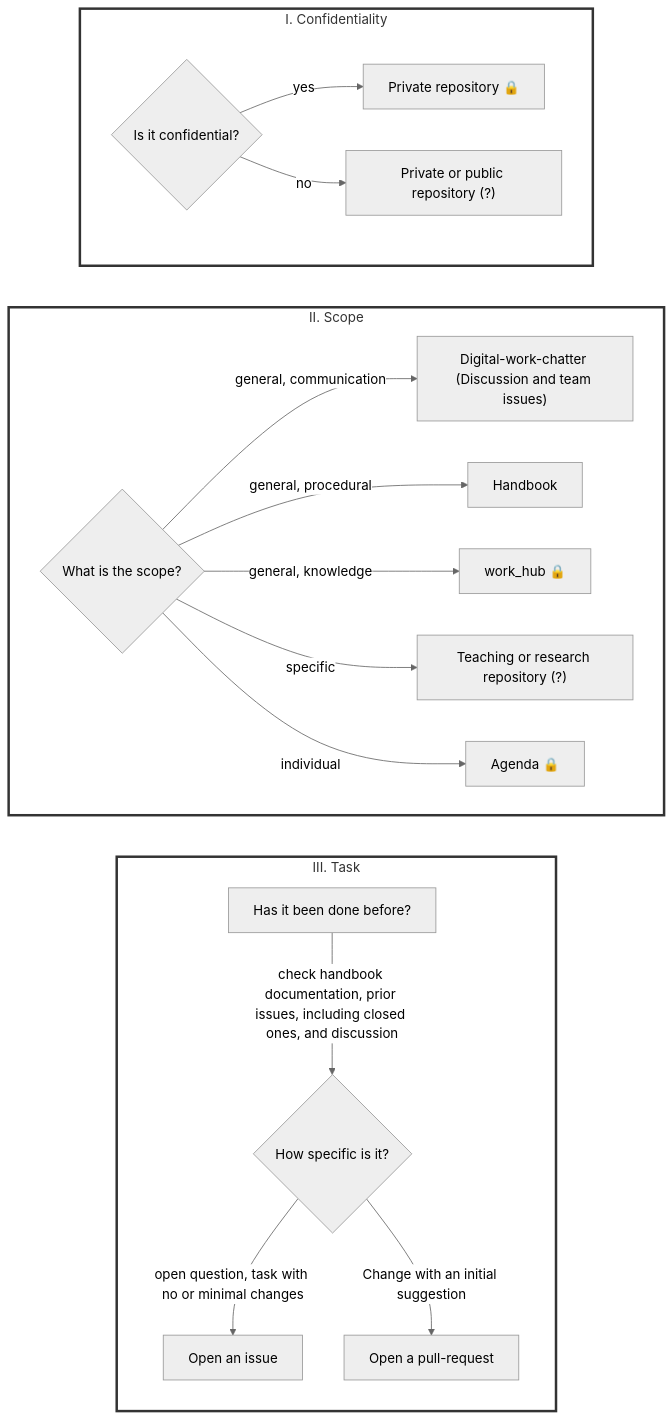
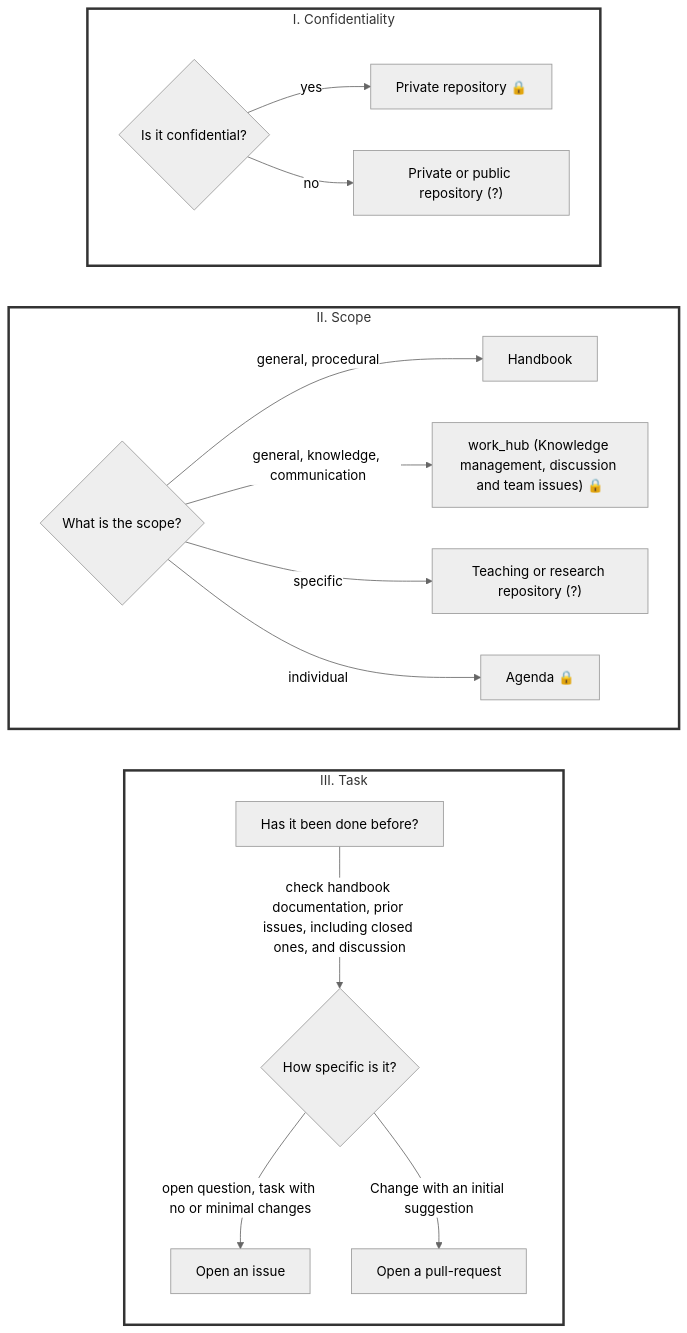
The diagram in docs/10-lab/10_processes/10.04.sop.md (digital-work-lab/handbook), drawn with Mermaid (neutral theme) before and after one commit.

````diff
--- a/docs/10-lab/10_processes/10.04.sop.md
+++ b/docs/10-lab/10_processes/10.04.sop.md
@@ -58,32 +58,31 @@
 ```mermaid
 flowchart LR
 
     subgraph task["III. Task"]
         U["Has it been done before?"] -->|check handbook documentation, prior issues, including closed ones, and discussion| J
         J{How specific is it?}
         J -->|open question, task with no or minimal changes| K["Open an issue"]
         J -->|Change with an initial suggestion| L["Open a pull-request"]
     end
 
     subgraph scope["II. Scope"]
         direction LR
         E{What is the scope?}
-        E -->|general, communication| R["Digital-work-chatter (Discussion and team issues)"]
         E -->|general, procedural| F["Handbook"]
-        E -->|general, knowledge| G["work_hub 🔒"]
+        E -->|general, knowledge, communication| G["work_hub (Knowledge management, discussion and team issues) 🔒"]
         E -->|specific| H["Teaching or research repository (?)"]
         E -->|individual| P["Agenda 🔒"]
 
     end
 
     subgraph confidentiality["I. Confidentiality"]
         direction LR
         B{Is it confidential?}
         B -->|yes| C["Private repository 🔒"]
         B -->|no| D["Private or public repository (?)"]
     end
 
     style task fill:white,stroke:#333,stroke-width:3px
     style scope fill:white,stroke:#333,stroke-width:3px
     style confidentiality fill:white,stroke:#333,stroke-width:3px
 ```
````
